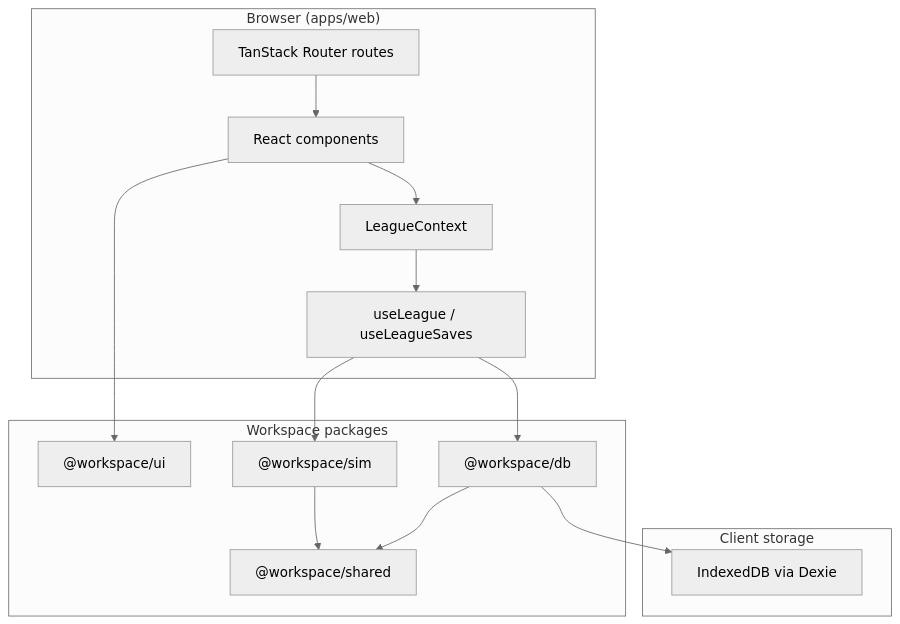
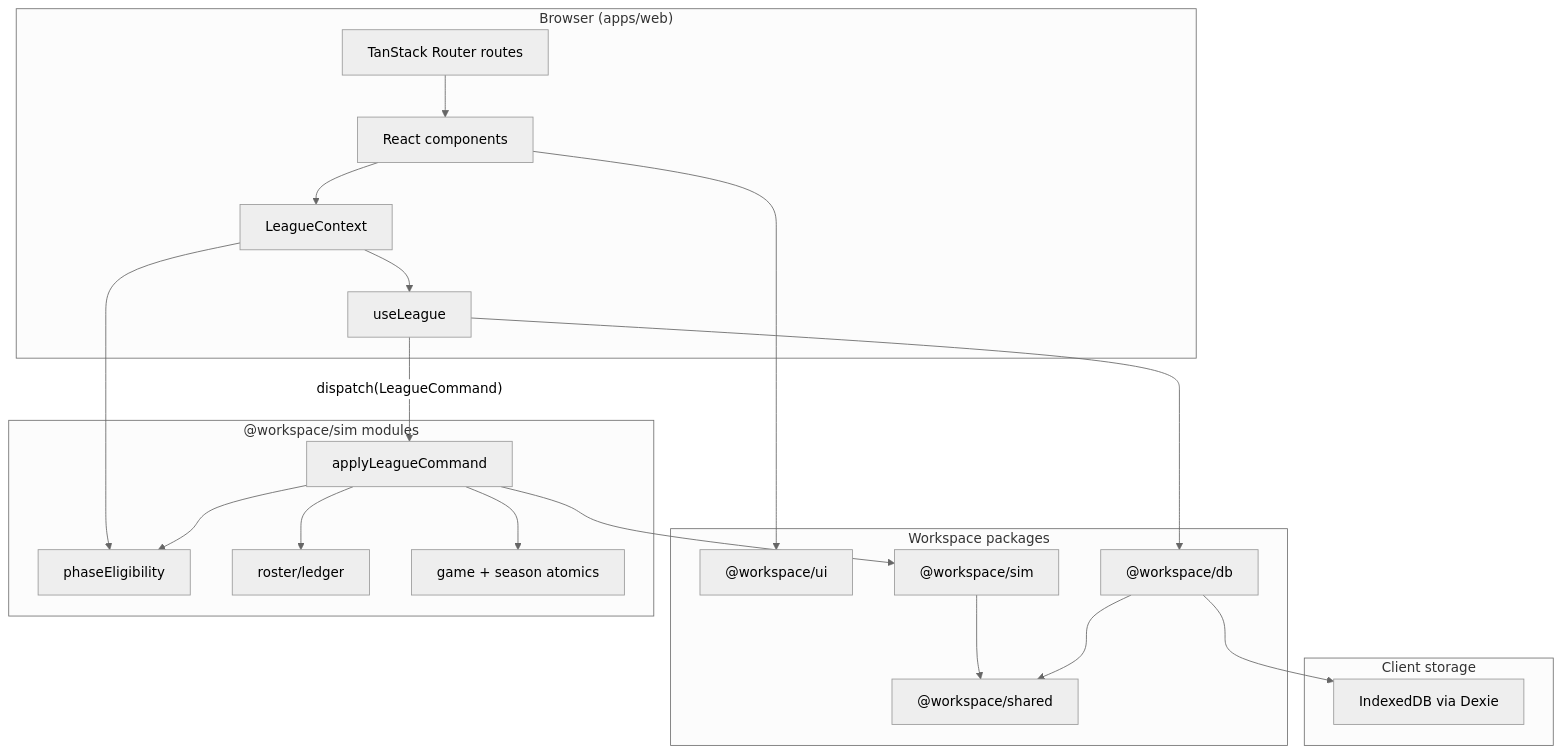
One commit to howie1329/Front-Office-Hoops changed the diagram in docs/architecture.md. Above: the diagram before and after it, drawn with Mermaid (neutral theme). The commit also changed other lines of this file and 22 other files, not shown here.

Commit message:
Refactor league context and hooks to streamline simulation commands and eligibility checks, enhancing the overall game management experience.

````diff
--- a/docs/architecture.md
+++ b/docs/architecture.md
@@ -7,30 +7,42 @@
 ```mermaid
 flowchart TB
     subgraph client ["Browser (apps/web)"]
         Routes["TanStack Router routes"]
         Components["React components"]
-        Hooks["useLeague / useLeagueSaves"]
+        Hooks["useLeague"]
         Ctx["LeagueContext"]
     end
 
     subgraph packages ["Workspace packages"]
         UI["@workspace/ui"]
         DB["@workspace/db"]
         Sim["@workspace/sim"]
         Shared["@workspace/shared"]
     end
 
+    subgraph simModules ["@workspace/sim modules"]
+        Commands["applyLeagueCommand"]
+        Eligibility["phaseEligibility"]
+        Ledger["roster/ledger"]
+        Engine["game + season atomics"]
+    end
+
     subgraph storage ["Client storage"]
         IDB["IndexedDB via Dexie"]
     end
 
     Routes --> Components
     Components --> Ctx
     Ctx --> Hooks
-    Hooks --> Sim
+    Ctx --> Eligibility
+    Hooks -->|"dispatch(LeagueCommand)"| Commands
     Hooks --> DB
+    Commands --> Ledger
+    Commands --> Engine
+    Commands --> Eligibility
     Components --> UI
     Sim --> Shared
     DB --> Shared
     DB --> IDB
+    Commands --> Sim
 ```
````
